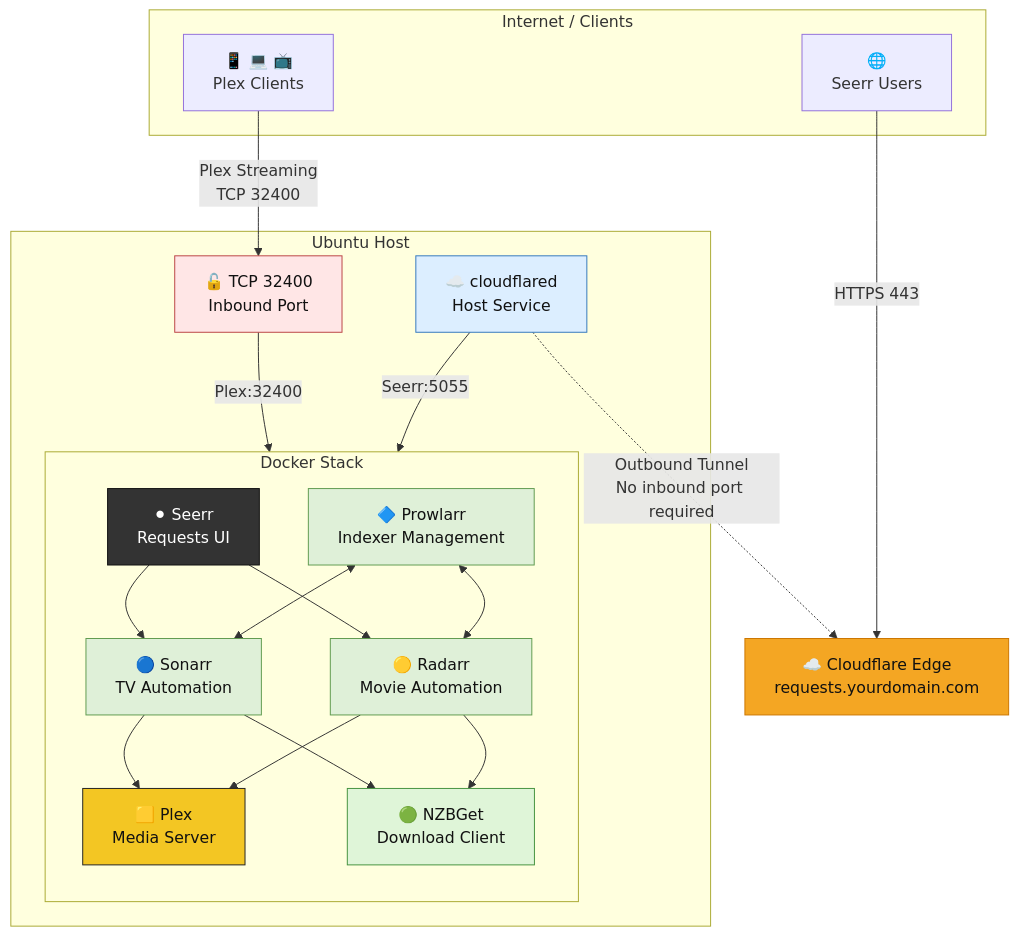
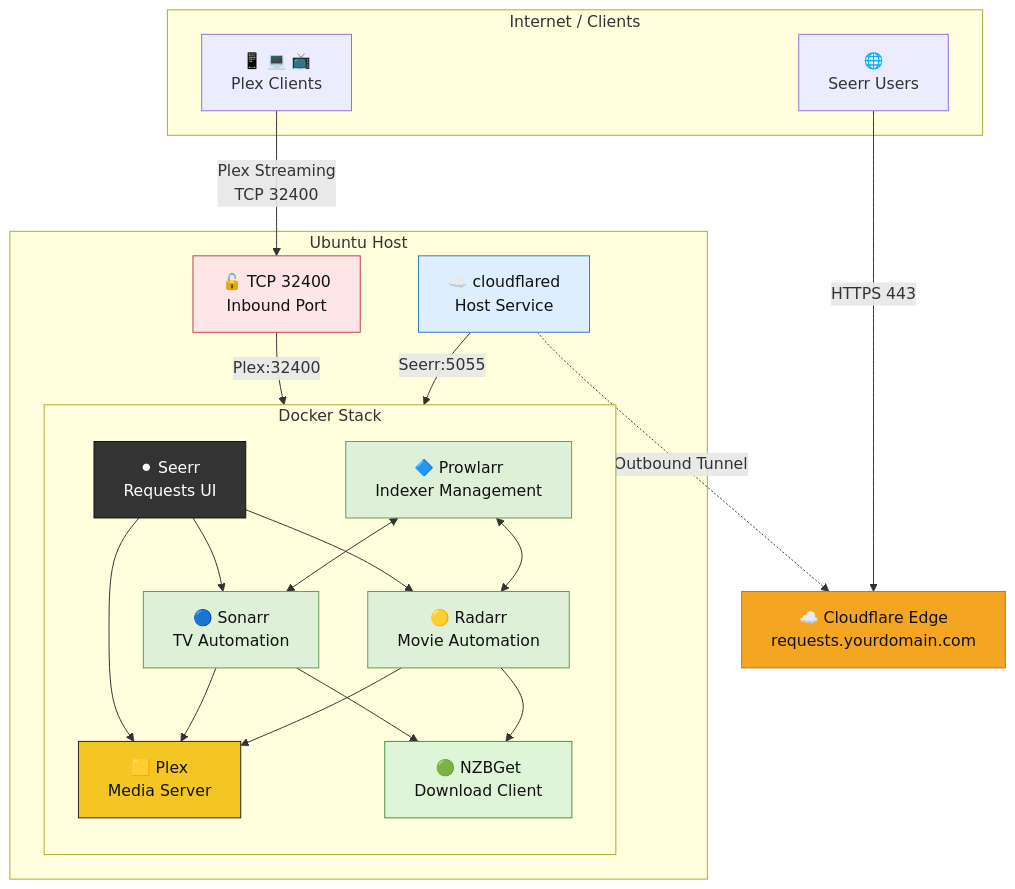
One commit to GavinEke/DockerUsenetStack changed the diagram in README.md. Above: the diagram before and after it, drawn with Mermaid.

Commit message:
Add Seerr to Plex connection

```diff
--- a/README.md
+++ b/README.md
@@ -38,6 +38,7 @@
             %% API FLOWS
             Seerr --> Sonarr
             Seerr --> Radarr
+            Seerr --> Plex
 
             Sonarr --> NZBGet
             Sonarr --> Plex
@@ -61,7 +62,7 @@
 
     PlexClients -->|"Plex Streaming<br/>TCP 32400"| PlexPort
 
-    Cloudflared -.->|"Outbound Tunnel<br/>No inbound port required"| Cloudflare
+    Cloudflared -.->|"Outbound Tunnel"| Cloudflare
 
 
     %% =========================================================
```
